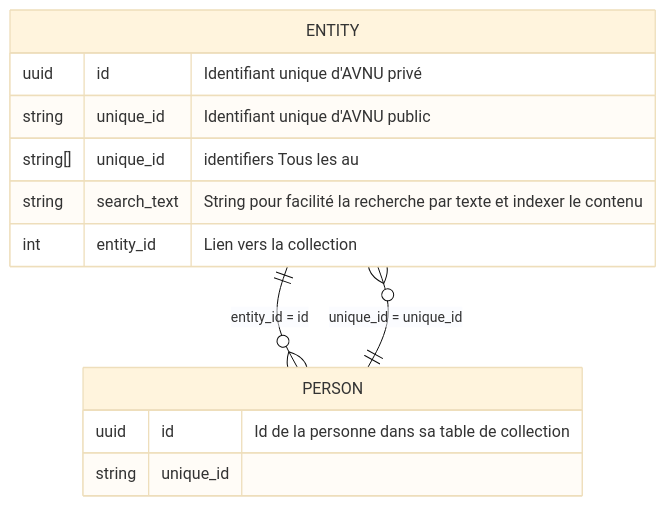
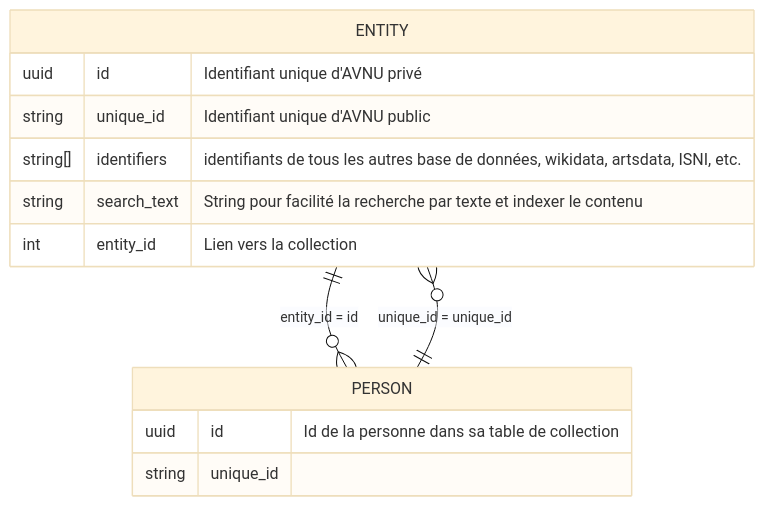
The diagram in documentation_technique/Identifiants.md (Avantage-Numerique/doc), drawn with Mermaid (base theme) before and after one commit.

Commit message:
Ajustement du nom pour le champ identifiants

````diff
--- a/documentation_technique/Identifiants.md
+++ b/documentation_technique/Identifiants.md
@@ -33,16 +33,16 @@
 ```mermaid
 erDiagram
     ENTITY {
         uuid id "Identifiant unique d'AVNU privé"
         string unique_id "Identifiant unique d'AVNU public"
-        string[] unique_id "identifiers Tous les au"
+        string[] identifiers "identifiants de tous les autres base de données, wikidata, artsdata, ISNI, etc."
         string search_text "String pour facilité la recherche par texte et indexer le contenu"
         int entity_id "Lien vers la collection"
     }
     PERSON {
         uuid id "Id de la personne dans sa table de collection"
         string unique_id
     }
     ENTITY ||--o{ PERSON : "entity_id = id"
     PERSON ||--o{ ENTITY : "unique_id = unique_id"
 ```
````
